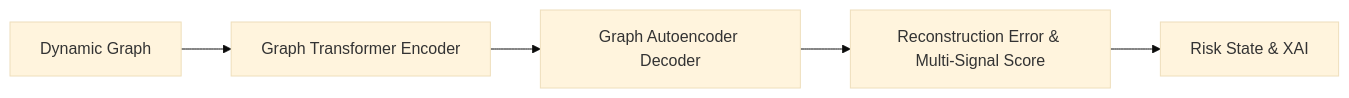
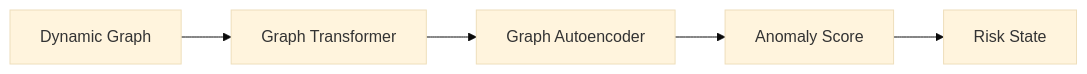
The second of 7 diagrams in README.md (Etrlnx/pjt_1), drawn with Mermaid (base theme) before and after one commit. The commit also changed other lines of this file and 1 other file, not shown here.

Commit message:
Fixed the mermaid parsing error in the main README of the directory

````diff
--- a/README.md
+++ b/README.md
@@ -121,8 +121,8 @@
 ```mermaid
 flowchart LR
 
-A[Dynamic Graph] --> B[Graph Transformer Encoder]
-B --> C[Graph Autoencoder Decoder]
-C --> D[Reconstruction Error & Multi-Signal Score]
-D --> E[Risk State & XAI]
+A[Dynamic Graph] --> B[Graph Transformer]
+B --> C[Graph Autoencoder]
+C --> D[Anomaly Score]
+D --> E[Risk State]
 ```
````
